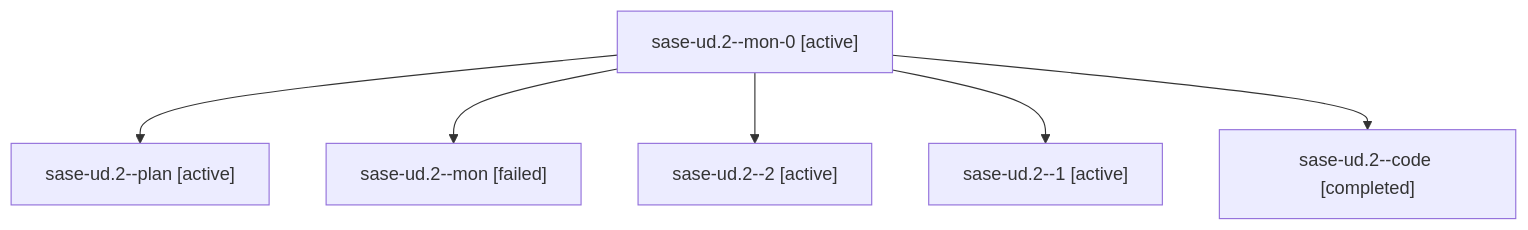
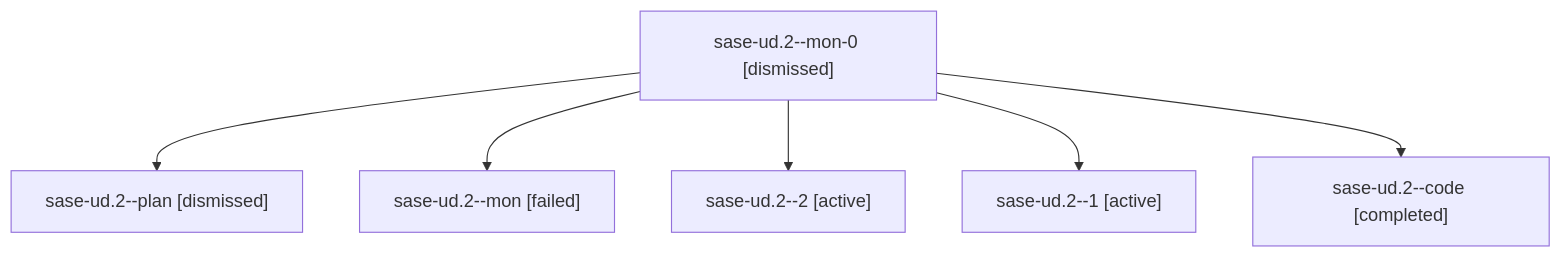
Before and after one commit to sase-org/sase--agents: the diagram in sessions/bbugyi200.athena.sase-ud.2.md, drawn with Mermaid. The commit also changed other lines of this file and 262 other files, not shown here.

````diff
--- a/sessions/bbugyi200.athena.sase-ud.2.md
+++ b/sessions/bbugyi200.athena.sase-ud.2.md
@@ -9,14 +9,14 @@
 ```mermaid
 flowchart TD
-  n0["sase-ud.2--mon-0 [active]"]
-  n1["sase-ud.2--plan [active]"]
+  n0["sase-ud.2--mon-0 [dismissed]"]
+  n1["sase-ud.2--plan [dismissed]"]
   n0 --> n1
   n2["sase-ud.2--mon [failed]"]
   n0 --> n2
   n3["sase-ud.2--2 [active]"]
   n0 --> n3
   n4["sase-ud.2--1 [active]"]
   n0 --> n4
   n5["sase-ud.2--code [completed]"]
   n0 --> n5
 ```
````
